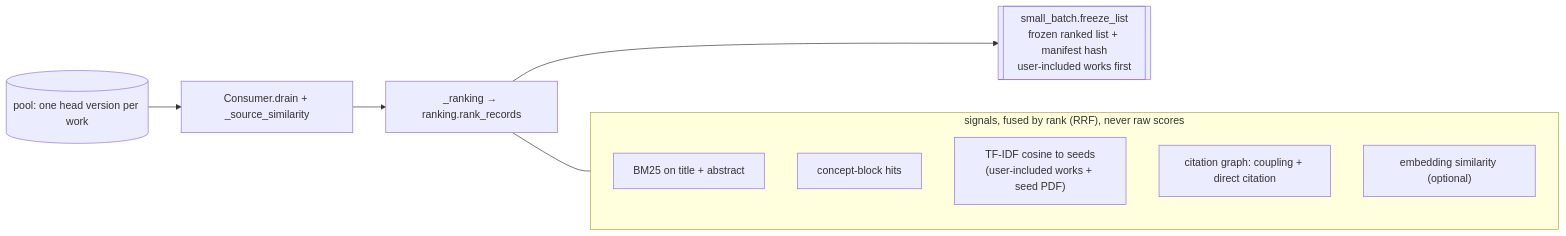
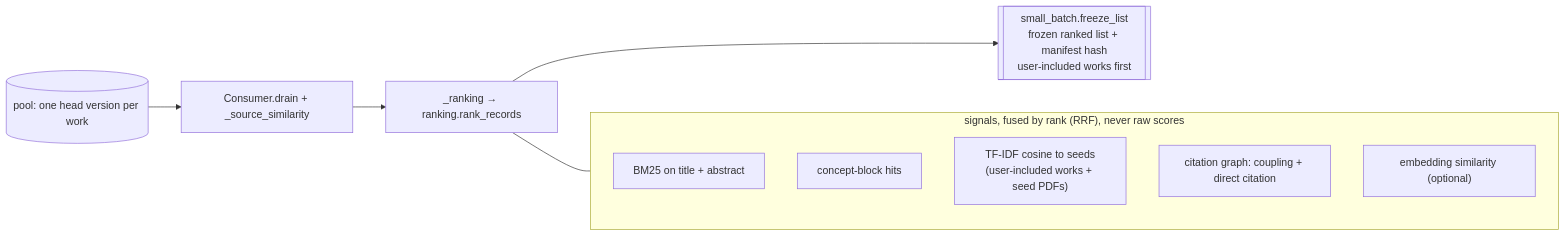
The fifth of 7 diagrams in docs/search-architecture.md (huguryildiz/DEIXIS), drawn with Mermaid before and after one commit. The commit also changed other lines of this file and 29 other files, not shown here.

Commit message:
D3: up to five seed PDFs, uploads and Zotero through one gate (seed_pdf_v2)

````diff
--- a/docs/search-architecture.md
+++ b/docs/search-architecture.md
@@ -125,17 +129,17 @@
 ```mermaid
 flowchart LR
     POOL[("pool: one head version per work")] --> DR["Consumer.drain + _source_similarity"]
     DR --> RK["_ranking → ranking.rank_records"]
 
     subgraph SIG["signals, fused by rank (RRF), never raw scores"]
         direction TB
         B["BM25 on title + abstract"]
         BL["concept-block hits"]
-        TF["TF-IDF cosine to seeds<br/>(user-included works + seed PDF)"]
+        TF["TF-IDF cosine to seeds<br/>(user-included works + seed PDFs)"]
         G["citation graph: coupling + direct citation"]
         E["embedding similarity (optional)"]
     end
 
     RK --- SIG
     RK --> FL[["small_batch.freeze_list<br/>frozen ranked list + manifest hash<br/>user-included works first"]]
 ```
````
